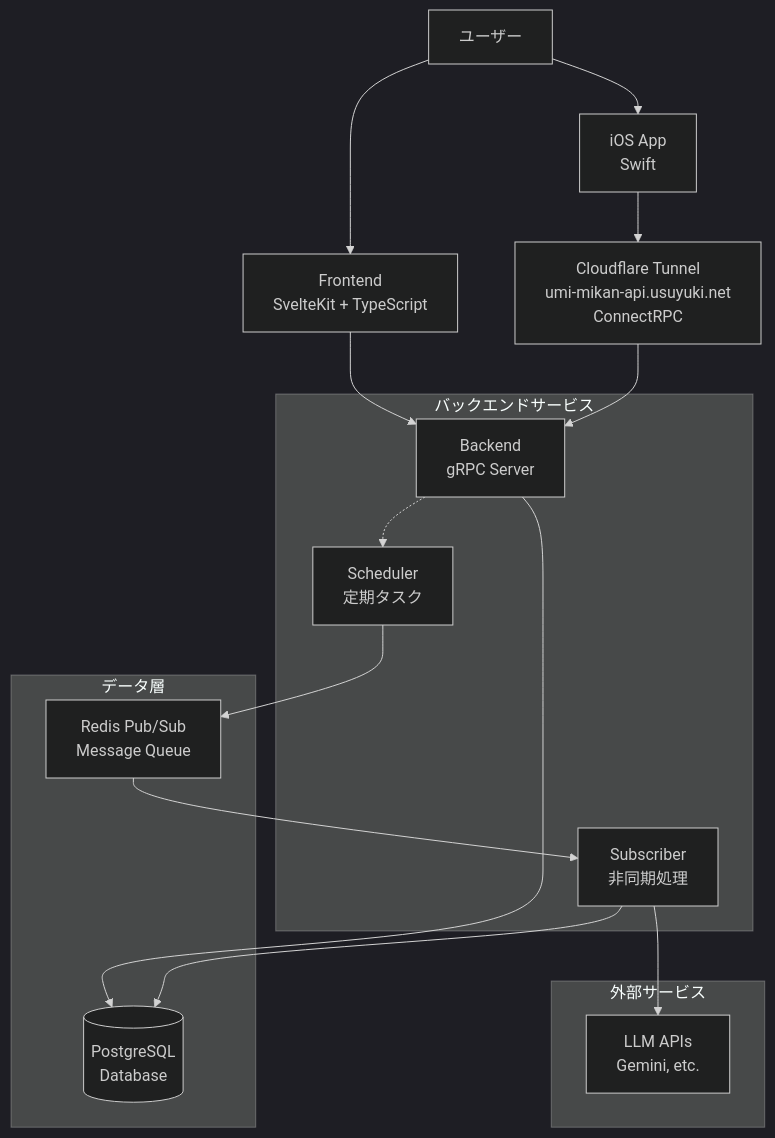
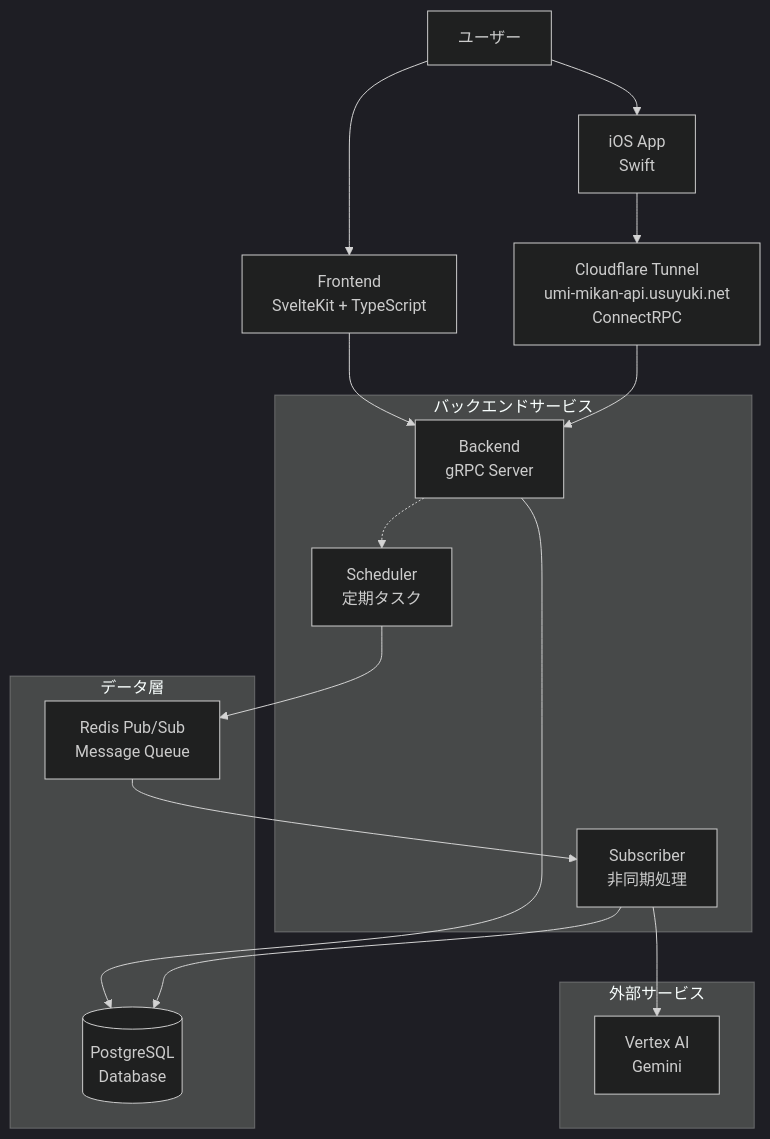
One commit to project-mikan/umi.mikan changed the diagram in README.md. Above: the diagram before and after it, drawn with Mermaid (dark theme). The commit also changed 58 other files, not shown here.

````diff
--- a/README.md
+++ b/README.md
@@ -38,31 +38,31 @@
 ```mermaid
 graph TB
     User[ユーザー] --> Frontend[Frontend<br/>SvelteKit + TypeScript]
     User --> iOS[iOS App<br/>Swift]
     Frontend --> Backend[Backend<br/>gRPC Server]
     iOS --> Cloudflare[Cloudflare Tunnel<br/>umi-mikan-api.usuyuki.net<br/>ConnectRPC]
     Cloudflare --> Backend
     Backend --> DB[(PostgreSQL<br/>Database)]
 
     Scheduler[Scheduler<br/>定期タスク] --> Redis[Redis Pub/Sub<br/>Message Queue]
     Redis --> Subscriber[Subscriber<br/>非同期処理]
-    Subscriber --> LLM[LLM APIs<br/>Gemini, etc.]
+    Subscriber --> LLM[Vertex AI<br/>Gemini]
 
     Backend -.-> Scheduler
     Subscriber --> DB
 
     subgraph "バックエンドサービス"
         Backend
         Scheduler
         Subscriber
     end
 
     subgraph "データ層"
         DB
         Redis
     end
 
     subgraph "外部サービス"
         LLM
     end
 ```
````
